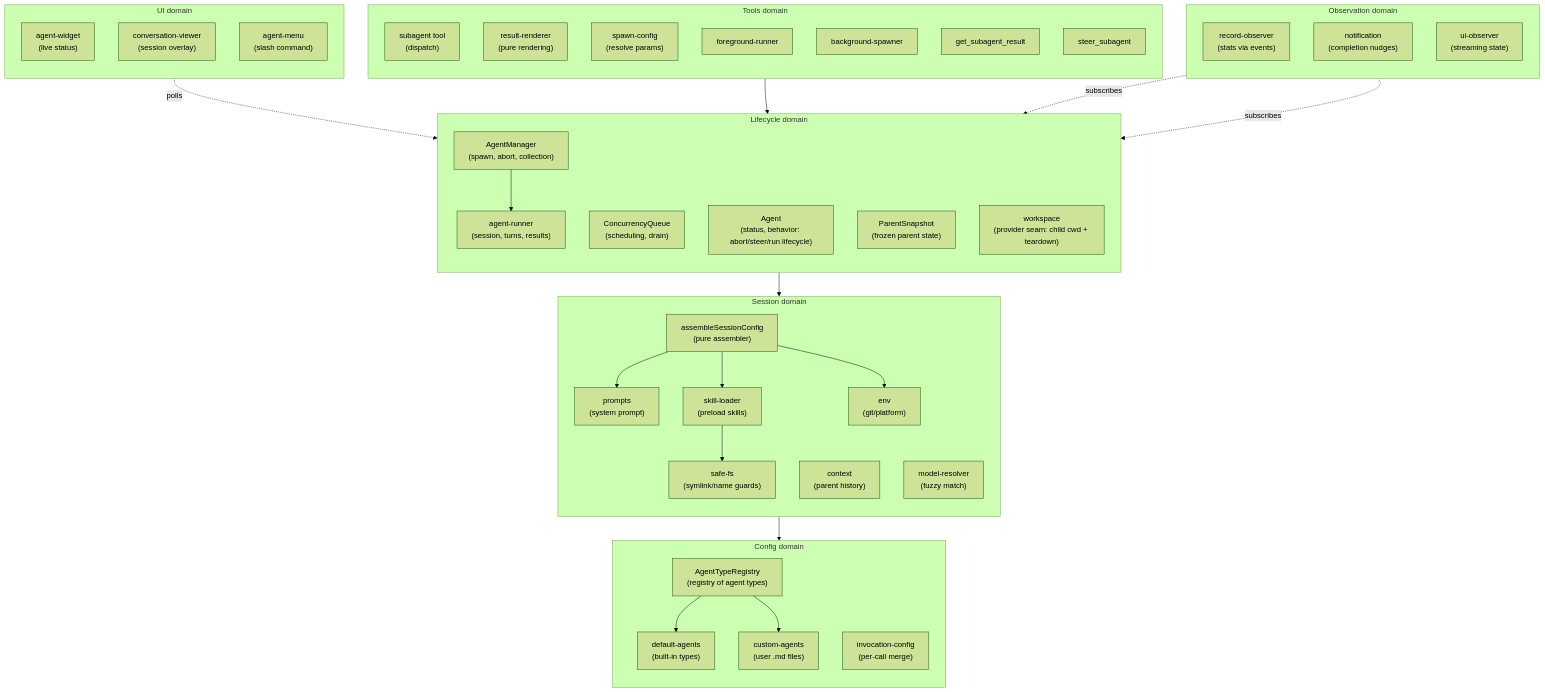
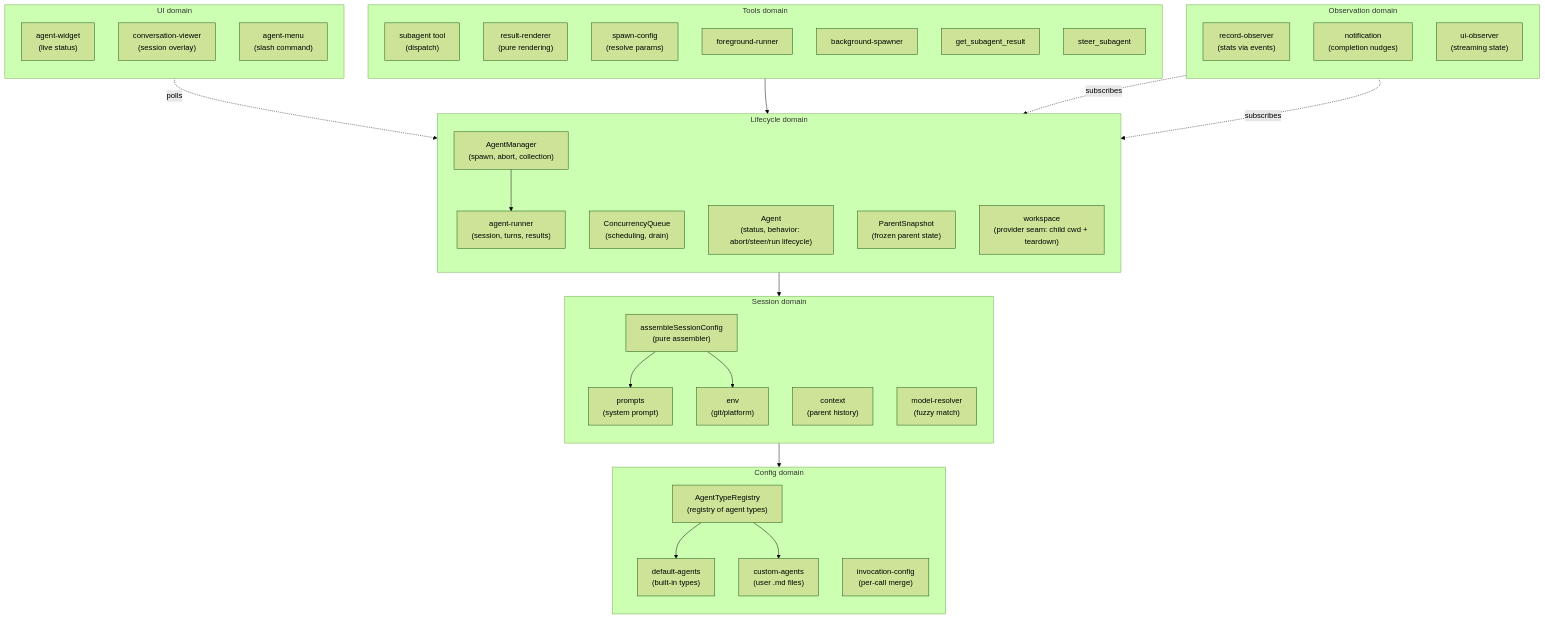
Before and after one commit to NicoSenerman/pi-packages: the first of 6 diagrams in packages/pi-subagents/docs/architecture/architecture.md, drawn with Mermaid (forest theme). The commit also changed other lines of this file and 1 other file, not shown here.

````diff
--- a/packages/pi-subagents/docs/architecture/architecture.md
+++ b/packages/pi-subagents/docs/architecture/architecture.md
@@ -33,67 +33,64 @@
 ```mermaid
 flowchart TB
     subgraph config["Config domain"]
         direction TB
         AgentTypeRegistry["AgentTypeRegistry<br/>(registry of agent types)"]
         DefaultAgents["default-agents<br/>(built-in types)"]
         CustomAgents["custom-agents<br/>(user .md files)"]
         InvocationConfig["invocation-config<br/>(per-call merge)"]
     end
 
     subgraph session["Session domain"]
         direction TB
         SessionConfig["assembleSessionConfig<br/>(pure assembler)"]
         Prompts["prompts<br/>(system prompt)"]
         Context["context<br/>(parent history)"]
-        SafeFs["safe-fs<br/>(symlink/name guards)"]
-        SkillLoader["skill-loader<br/>(preload skills)"]
         Env["env<br/>(git/platform)"]
         ModelResolver["model-resolver<br/>(fuzzy match)"]
     end
 
     subgraph lifecycle["Lifecycle domain"]
         direction TB
         AgentManager["AgentManager<br/>(spawn, abort, collection)"]
         ConcurrencyQueue["ConcurrencyQueue<br/>(scheduling, drain)"]
         AgentRunner["agent-runner<br/>(session, turns, results)"]
         Agent["Agent<br/>(status, behavior: abort/steer/run lifecycle)"]
         ParentSnapshot["ParentSnapshot<br/>(frozen parent state)"]
         Workspace["workspace<br/>(provider seam: child cwd + teardown)"]
     end
 
     subgraph observation["Observation domain"]
         direction TB
         RecordObserver["record-observer<br/>(stats via events)"]
         Notification["notification<br/>(completion nudges)"]
         UIObserver["ui-observer<br/>(streaming state)"]
     end
 
     subgraph tools["Tools domain"]
         direction TB
         AgentTool["subagent tool<br/>(dispatch)"]
         ResultRenderer["result-renderer<br/>(pure rendering)"]
         SpawnConfig["spawn-config<br/>(resolve params)"]
         FgRunner["foreground-runner"]
         BgSpawner["background-spawner"]
         GetResult["get_subagent_result"]
         Steer["steer_subagent"]
     end
 
     subgraph ui["UI domain"]
         direction TB
         Widget["agent-widget<br/>(live status)"]
         ConvViewer["conversation-viewer<br/>(session overlay)"]
         Menu["agent-menu<br/>(slash command)"]
     end
 
     AgentTool --> AgentManager
     AgentManager --> AgentRunner
     AgentRunner --> SessionConfig
     SessionConfig --> AgentTypeRegistry
-    SessionConfig --> Prompts & SkillLoader & Env
-    SkillLoader --> SafeFs
+    SessionConfig --> Prompts & Env
     AgentTypeRegistry --> DefaultAgents & CustomAgents
     RecordObserver -.->|subscribes| AgentRunner
     UIObserver -.->|subscribes| AgentRunner
     Widget -.->|polls| AgentManager
 ```
````
